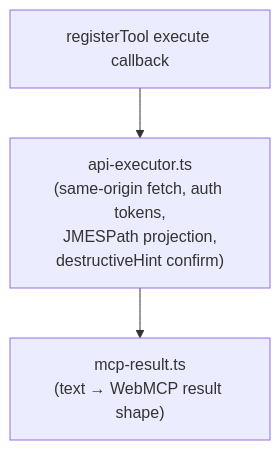
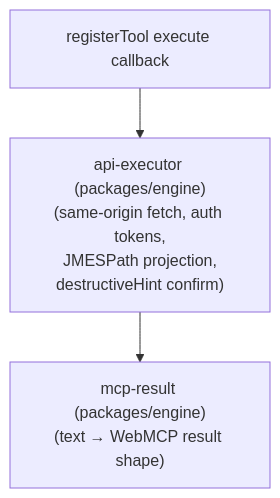
One commit to robertn702/webmcp-today changed the fourth of 5 diagrams in apps/extension/ARCHITECTURE.md. Above: the diagram before and after it, drawn with Mermaid. The commit also changed other lines of this file and 25 other files, not shown here.

First line of the commit message:
refactor: extract API execution engine into packages/engine (MIT)

````diff
--- a/apps/extension/ARCHITECTURE.md
+++ b/apps/extension/ARCHITECTURE.md
@@ -126,5 +126,5 @@
 ```mermaid
 flowchart TB
-    CB["registerTool execute callback"] --> API["api-executor.ts<br/>(same-origin fetch, auth tokens,<br/>JMESPath projection,<br/>destructiveHint confirm)"]
-    API --> RESULT["mcp-result.ts<br/>(text → WebMCP result shape)"]
+    CB["registerTool execute callback"] --> API["api-executor (packages/engine)<br/>(same-origin fetch, auth tokens,<br/>JMESPath projection,<br/>destructiveHint confirm)"]
+    API --> RESULT["mcp-result (packages/engine)<br/>(text → WebMCP result shape)"]
 ```
````
